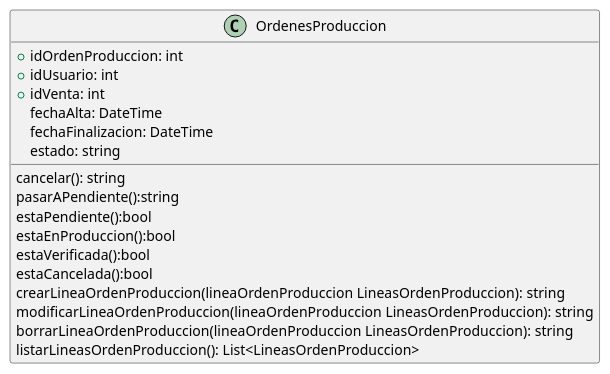
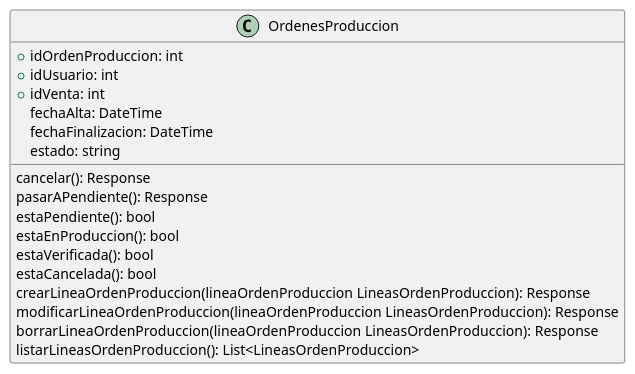
The diagram in DiagramaClases/Clases/OrdenesProduccion.puml (ZMGestion/DocumentacionZMGestion), drawn with PlantUML before and after one commit. The commit also changed 27 other files, not shown here.

```diff
--- a/DiagramaClases/Clases/OrdenesProduccion.puml
+++ b/DiagramaClases/Clases/OrdenesProduccion.puml
@@ -1,22 +1,22 @@
 @startuml OrdenesProduccion
 class OrdenesProduccion{
     +idOrdenProduccion: int
     +idUsuario: int
     +idVenta: int
     fechaAlta: DateTime
     fechaFinalizacion: DateTime
     estado: string
 
-    cancelar(): string
-    pasarAPendiente():string
-    estaPendiente():bool
-    estaEnProduccion():bool
-    estaVerificada():bool
-    estaCancelada():bool
-    crearLineaOrdenProduccion(lineaOrdenProduccion LineasOrdenProduccion): string
-    modificarLineaOrdenProduccion(lineaOrdenProduccion LineasOrdenProduccion): string
-    borrarLineaOrdenProduccion(lineaOrdenProduccion LineasOrdenProduccion): string
+    cancelar(): Response
+    pasarAPendiente(): Response
+    estaPendiente(): bool
+    estaEnProduccion(): bool
+    estaVerificada(): bool
+    estaCancelada(): bool
+    crearLineaOrdenProduccion(lineaOrdenProduccion LineasOrdenProduccion): Response
+    modificarLineaOrdenProduccion(lineaOrdenProduccion LineasOrdenProduccion): Response
+    borrarLineaOrdenProduccion(lineaOrdenProduccion LineasOrdenProduccion): Response
     listarLineasOrdenProduccion(): List<LineasOrdenProduccion>
 
 }
 @enduml
```
